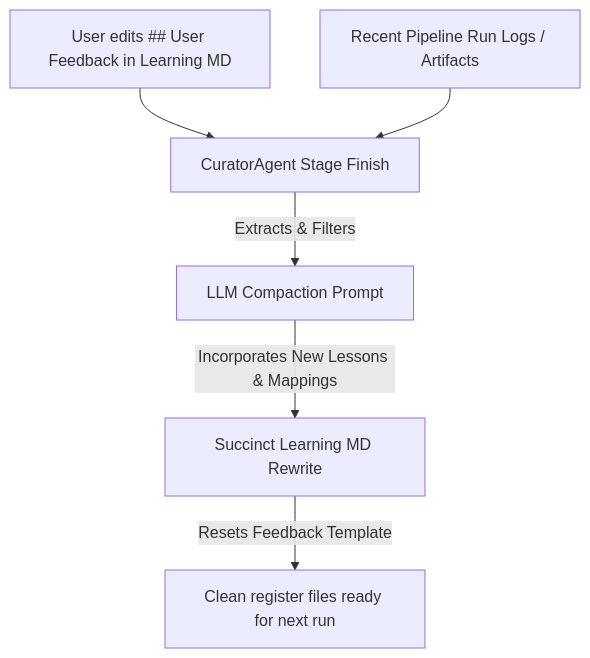
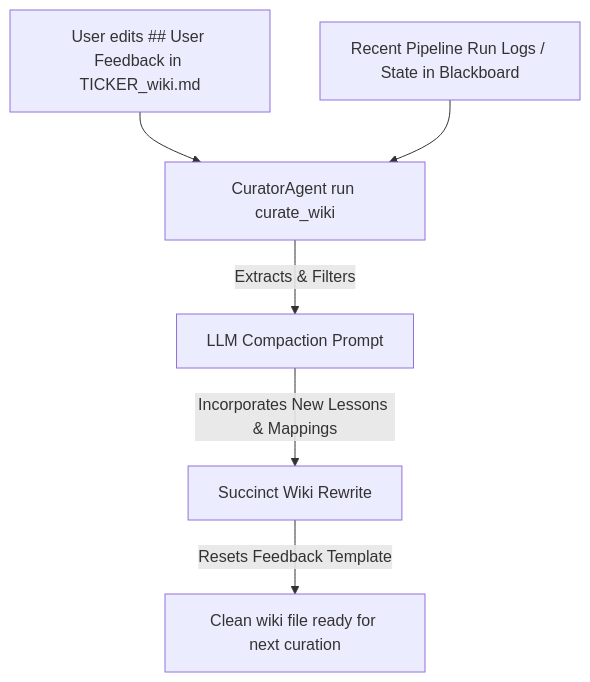
The diagram in README.md (Ruinius/financial-analyst-cli), drawn with Mermaid before and after one commit. The commit also changed other lines of this file and 6 other files, not shown here.

Commit message:
docs: consolidate refactor plan and blackboard refactor files into core docs and roadmap

````diff
--- a/README.md
+++ b/README.md
@@ -42,8 +42,8 @@
 ```mermaid
 graph TD
-    UserFeedback[User edits ## User Feedback in Learning MD] --> Curator[CuratorAgent Stage Finish]
-    RunLogs[Recent Pipeline Run Logs / Artifacts] --> Curator
+    UserFeedback[User edits ## User Feedback in TICKER_wiki.md] --> Curator[CuratorAgent run curate_wiki]
+    RunLogs[Recent Pipeline Run Logs / State in Blackboard] --> Curator
     Curator -->|Extracts & Filters| LLMCompaction[LLM Compaction Prompt]
-    LLMCompaction -->|Incorporates New Lessons & Mappings| Rewrite[Succinct Learning MD Rewrite]
-    Rewrite -->|Resets Feedback Template| CleanMD[Clean register files ready for next run]
+    LLMCompaction -->|Incorporates New Lessons & Mappings| Rewrite[Succinct Wiki Rewrite]
+    Rewrite -->|Resets Feedback Template| CleanMD[Clean wiki file ready for next curation]
 ```
````
